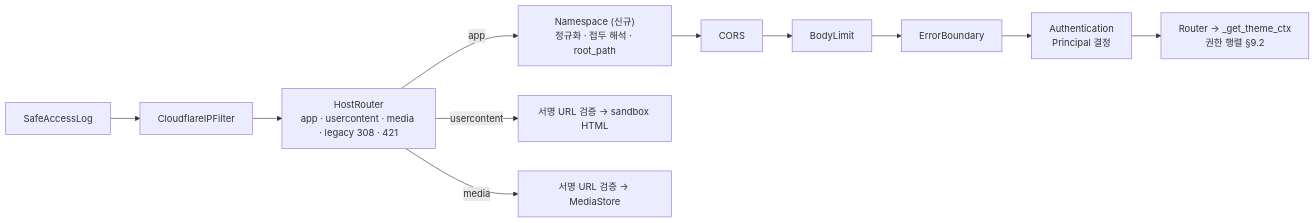
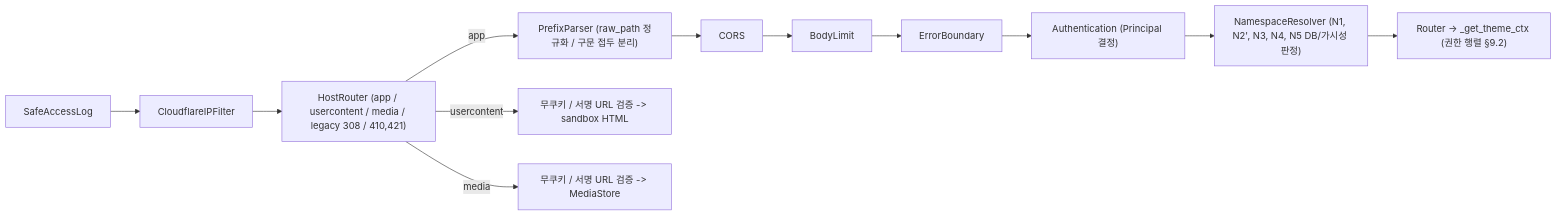
One commit to fofwisdom/claire-bible changed the diagram in docs/design/MULTI_ACCOUNT_NAMESPACE_AND_SINGLE_FQDN_DESIGN.md. Above: the diagram before and after it, drawn with Mermaid. The commit also changed other lines of this file, not shown here.

````diff
--- a/docs/design/MULTI_ACCOUNT_NAMESPACE_AND_SINGLE_FQDN_DESIGN.md
+++ b/docs/design/MULTI_ACCOUNT_NAMESPACE_AND_SINGLE_FQDN_DESIGN.md
@@ -281,11 +287,12 @@
 ```mermaid
 flowchart LR
-    A[SafeAccessLog] --> B[CloudflareIPFilter]
-    B --> C["HostRouter<br/>app · usercontent · media · legacy 308 · 421"]
-    C -->|app| D["Namespace (신규)<br/>정규화 · 접두 해석 · root_path"]
-    D --> E[CORS] --> F[BodyLimit] --> G[ErrorBoundary]
-    G --> H["Authentication<br/>Principal 결정"]
-    H --> I["Router → _get_theme_ctx<br/>권한 행렬 §9.2"]
-    C -->|usercontent| U["서명 URL 검증 → sandbox HTML"]
-    C -->|media| M["서명 URL 검증 → MediaStore"]
+    A["SafeAccessLog"] --> B["CloudflareIPFilter"]
+    B --> C["HostRouter (app / usercontent / media / legacy 308 / 410,421)"]
+    C -->|app| D1["PrefixParser (raw_path 정규화 / 구문 접두 분리)"]
+    D1 --> E["CORS"] --> F["BodyLimit"] --> G["ErrorBoundary"]
+    G --> H["Authentication (Principal 결정)"]
+    H --> D2["NamespaceResolver (N1, N2', N3, N4, N5 DB/가시성 판정)"]
+    D2 --> I["Router -> _get_theme_ctx (권한 행렬 §9.2)"]
+    C -->|usercontent| U["무쿠키 / 서명 URL 검증 -> sandbox HTML"]
+    C -->|media| M["무쿠키 / 서명 URL 검증 -> MediaStore"]
 ```
````
